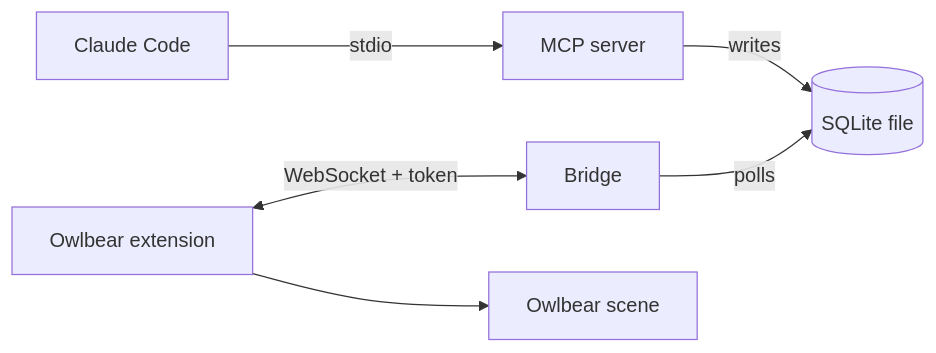
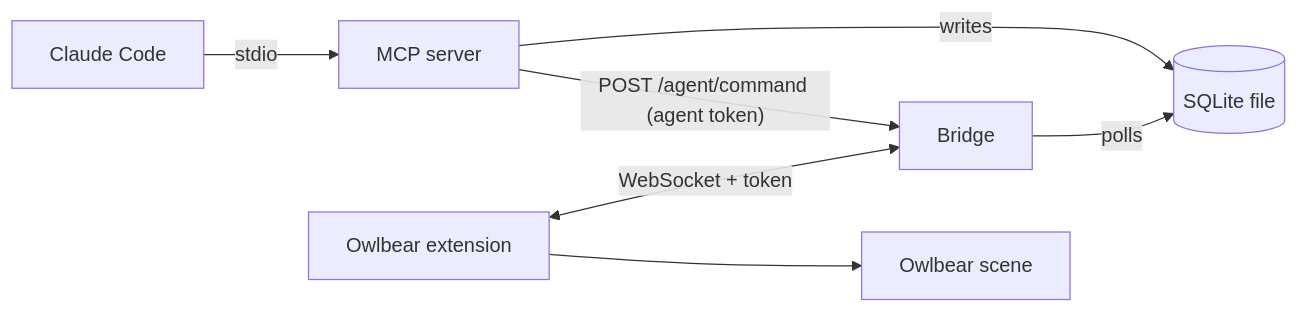
The diagram in docs/architecture.md (askrzypczak/ttrpg-agents), drawn with Mermaid before and after one commit. The commit also changed other lines of this file and 21 other files, not shown here.

First line of the commit message:
feat: command channel from the MCP server to the Owlbear extension (#98)

````diff
--- a/docs/architecture.md
+++ b/docs/architecture.md
@@ -5,8 +5,9 @@
 ```mermaid
 flowchart LR
   claude["Claude Code"] -->|"stdio"| mcp["MCP server"]
   mcp -->|"writes"| db[("SQLite file")]
+  mcp -->|"POST /agent/command (agent token)"| bridge
   bridge["Bridge"] -->|"polls"| db
   ext["Owlbear extension"] <-->|"WebSocket + token"| bridge
   ext --> scene["Owlbear scene"]
 ```
````
